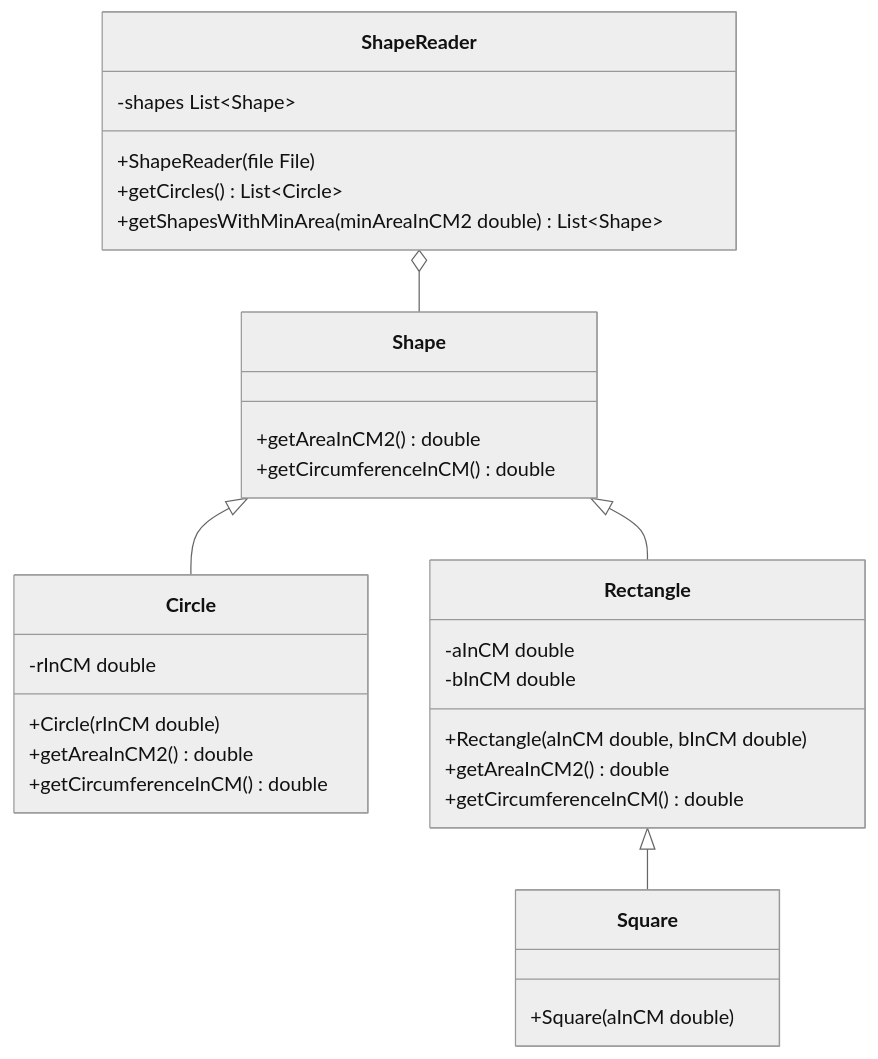
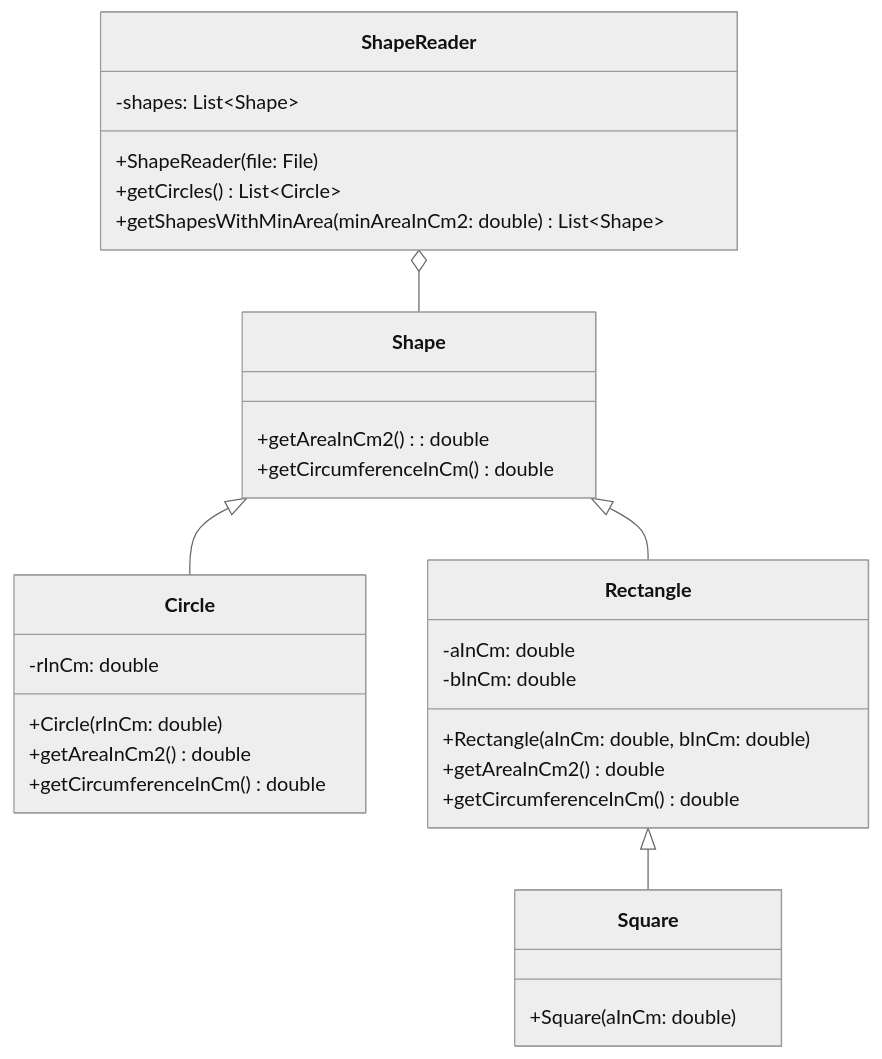
One commit to jappuccini/java-docs changed the diagram in docs/exam-exercises/exam-exercises-java1/shape.md. Above: the diagram before and after it, drawn with Mermaid (neutral theme). The commit also changed other lines of this file and 76 other files, not shown here.

Commit message:
uml fixes (colons, properties), headline fixes (italic) and exam result updates

````diff
--- a/docs/exam-exercises/exam-exercises-java1/shape.md
+++ b/docs/exam-exercises/exam-exercises-java1/shape.md
@@ -12,38 +12,38 @@
 ```mermaid
 classDiagram
     ShapeReader o-- Shape
     Shape <|-- Circle
     Shape <|-- Rectangle
     Rectangle <|-- Square
 
     class ShapeReader {
-        -shapes List~Shape~
-        +ShapeReader(file File)
+        -shapes: List~Shape~
+        +ShapeReader(file: File)
         +getCircles() List~Circle~
-        +getShapesWithMinArea(minAreaInCM2 double) List~Shape~
+        +getShapesWithMinArea(minAreaInCm2: double) List~Shape~
     }
 
     class Shape {
-        +getAreaInCM2() double
-        +getCircumferenceInCM() double
+        +getAreaInCm2(): double
+        +getCircumferenceInCm() double
     }
 
     class Circle {
-        -rInCM double
-        +Circle(rInCM double)
-        +getAreaInCM2() double
-        +getCircumferenceInCM() double
+        -rInCm: double
+        +Circle(rInCm: double)
+        +getAreaInCm2() double
+        +getCircumferenceInCm() double
     }
 
     class Rectangle {
-        -aInCM double
-        -bInCM double
-        +Rectangle(aInCM double, bInCM double)
-        +getAreaInCM2() double
-        +getCircumferenceInCM() double
+        -aInCm: double
+        -bInCm: double
+        +Rectangle(aInCm: double, bInCm: double)
+        +getAreaInCm2() double
+        +getCircumferenceInCm() double
     }
 
     class Square {
-        +Square(aInCM double)
+        +Square(aInCm: double)
     }
 ```
````
